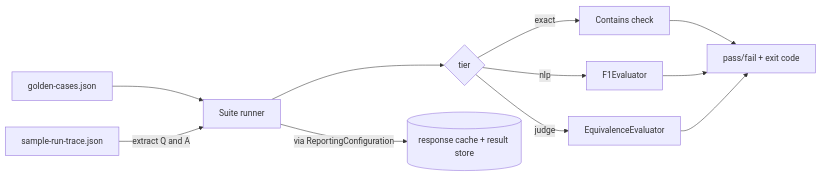
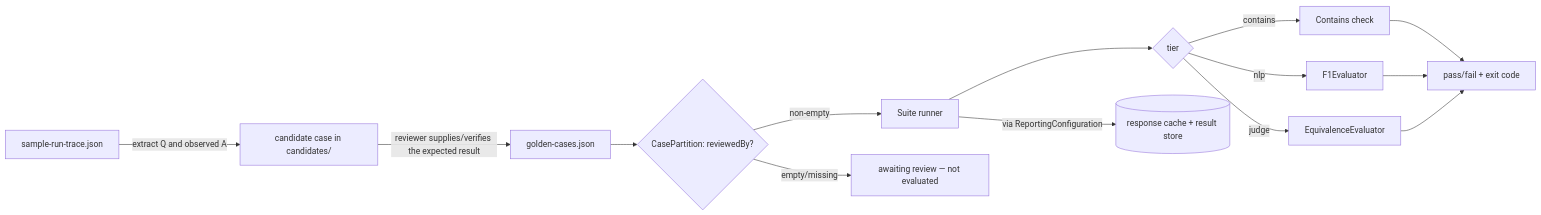
The diagram in PatternExplorer/patterns/RegressionEvals.md (arst/agentic-patterns), drawn with Mermaid before and after one commit. The commit also changed other lines of this file and 8 other files, not shown here.

First line of the commit message:
fix(regression-evals): trace cases need human promotion; rename exact to contains

````diff
--- a/PatternExplorer/patterns/RegressionEvals.md
+++ b/PatternExplorer/patterns/RegressionEvals.md
@@ -60,13 +75,16 @@
 ```mermaid
 flowchart LR
-    G[golden-cases.json] --> S[Suite runner]
-    T[sample-run-trace.json] -->|extract Q and A| S
+    T[sample-run-trace.json] -->|extract Q and observed A| C[candidate case in candidates/]
+    C -->|reviewer supplies/verifies the expected result| G[golden-cases.json]
+    G --> P{CasePartition: reviewedBy?}
+    P -->|non-empty| S[Suite runner]
+    P -->|empty/missing| W[awaiting review — not evaluated]
     S --> A{tier}
-    A -->|exact| X[Contains check]
+    A -->|contains| X[Contains check]
     A -->|nlp| F[F1Evaluator]
     A -->|judge| E[EquivalenceEvaluator]
     X --> R[pass/fail + exit code]
     F --> R
     E --> R
-    S -->|via ReportingConfiguration| C[(response cache + result store)]
+    S -->|via ReportingConfiguration| Cache[(response cache + result store)]
 ```
````
